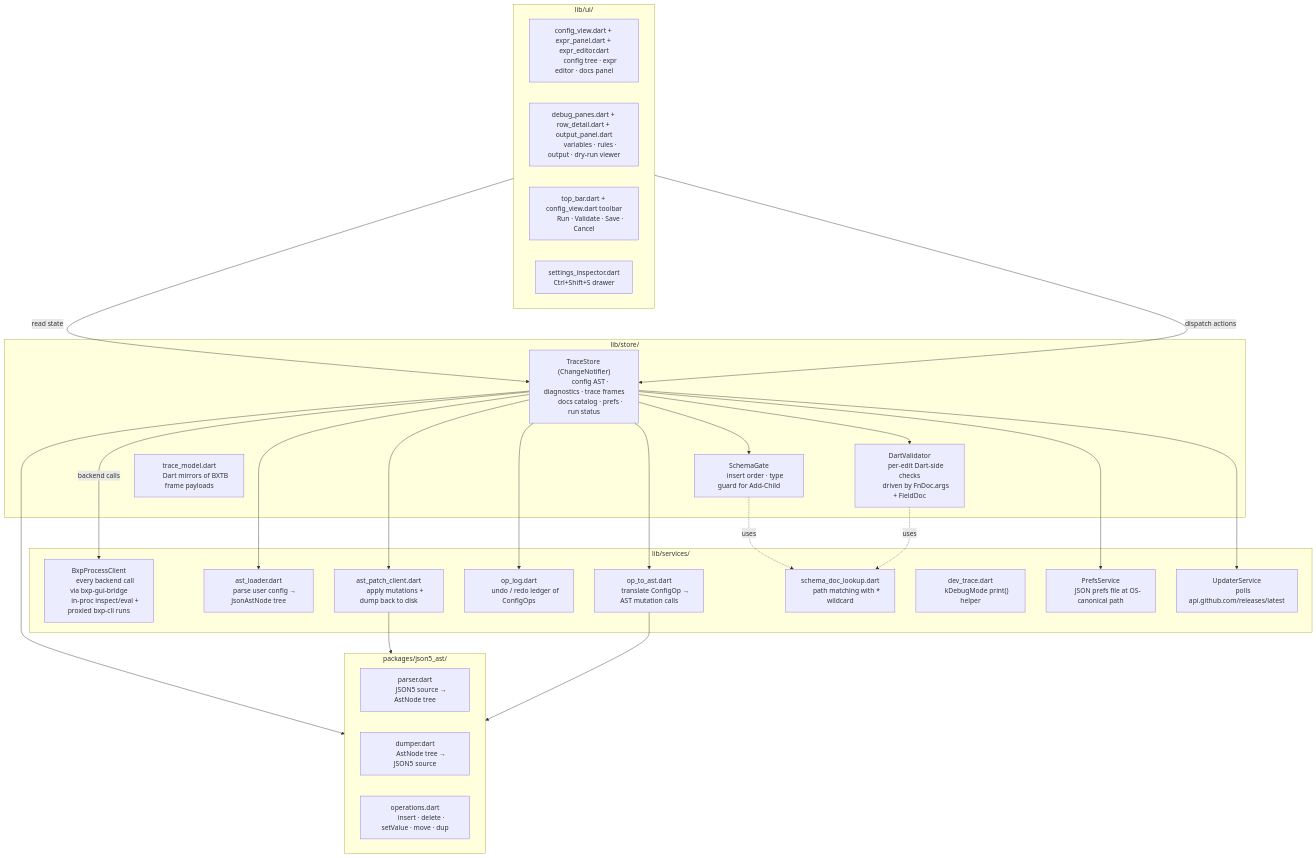
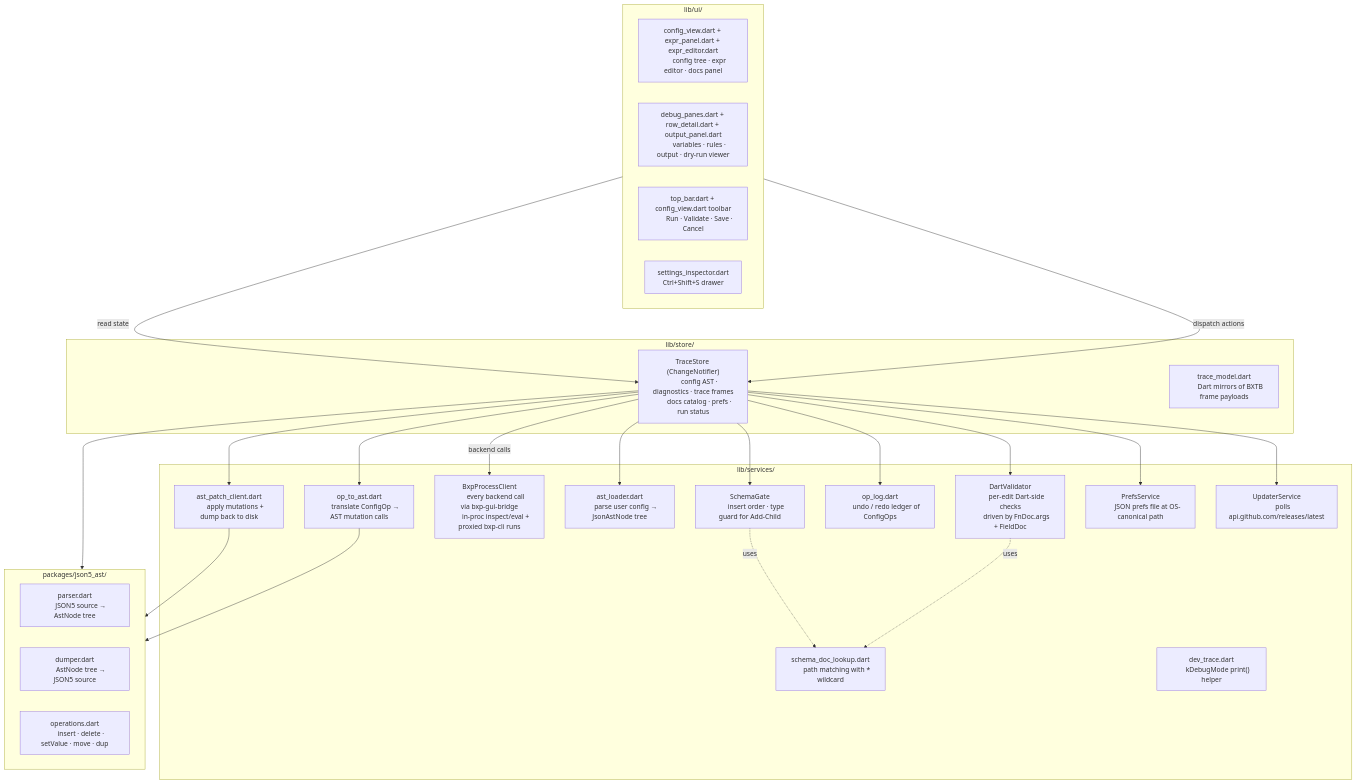
The first of 10 diagrams in docs/dev/architecture/gui.md (zaxified/bxp), drawn with Mermaid before and after one commit. The commit also changed other lines of this file and 53 other files, not shown here.

````diff
--- a/docs/dev/architecture/gui.md
+++ b/docs/dev/architecture/gui.md
@@ -13,74 +13,74 @@
 ```mermaid
 graph TD
     subgraph UI["lib/ui/"]
         EDP["config_view.dart + expr_panel.dart + expr_editor.dart
         config tree · expr editor · docs panel"]
         TRP["debug_panes.dart + row_detail.dart + output_panel.dart
         variables · rules · output · dry-run viewer"]
         TLB["top_bar.dart + config_view.dart toolbar
         Run · Validate · Save · Cancel"]
         STG["settings_inspector.dart
         Ctrl+Shift+S drawer"]
     end
 
     subgraph STORE["lib/store/"]
         TS["TraceStore (ChangeNotifier)
         config AST · diagnostics · trace frames
         docs catalog · prefs · run status"]
+        TM["trace_model.dart
+        Dart mirrors of BXTB frame payloads"]
+    end
+
+    subgraph SVC["lib/services/"]
         SG["SchemaGate
         insert order · type guard for Add-Child"]
         DV["DartValidator
         per-edit Dart-side checks
         driven by FnDoc.args + FieldDoc"]
-        TM["trace_model.dart
-        Dart mirrors of BXTB frame payloads"]
-    end
-
-    subgraph SVC["lib/services/"]
         BPC["BxpProcessClient
         every backend call via bxp-gui-bridge
         in-proc inspect/eval + proxied bxp-cli runs"]
         ASTL["ast_loader.dart
         parse user config → JsonAstNode tree"]
         ASTP["ast_patch_client.dart
         apply mutations + dump back to disk"]
         OPL["op_log.dart
         undo / redo ledger of ConfigOps"]
         OP2A["op_to_ast.dart
         translate ConfigOp → AST mutation calls"]
         SDL["schema_doc_lookup.dart
         path matching with * wildcard"]
         DT["dev_trace.dart
         kDebugMode print() helper"]
         PS["PrefsService
         JSON prefs file at OS-canonical path"]
         UPD["UpdaterService
         polls api.github.com/releases/latest"]
     end
 
     subgraph AST["packages/json5_ast/"]
         JP["parser.dart
         JSON5 source → AstNode tree"]
         JD["dumper.dart
         AstNode tree → JSON5 source"]
         JO["operations.dart
         insert · delete · setValue · move · dup"]
     end
 
     UI -->|read state| TS
     UI -->|dispatch actions| TS
     TS --> SG
     TS --> DV
     TS --> AST
     TS -->|backend calls| BPC
     TS --> ASTL
     TS --> ASTP
     TS --> OPL
     TS --> OP2A
     TS --> PS
     TS --> UPD
     SG -.uses.-> SDL
     DV -.uses.-> SDL
     ASTP --> AST
     OP2A --> AST
 ```
````
